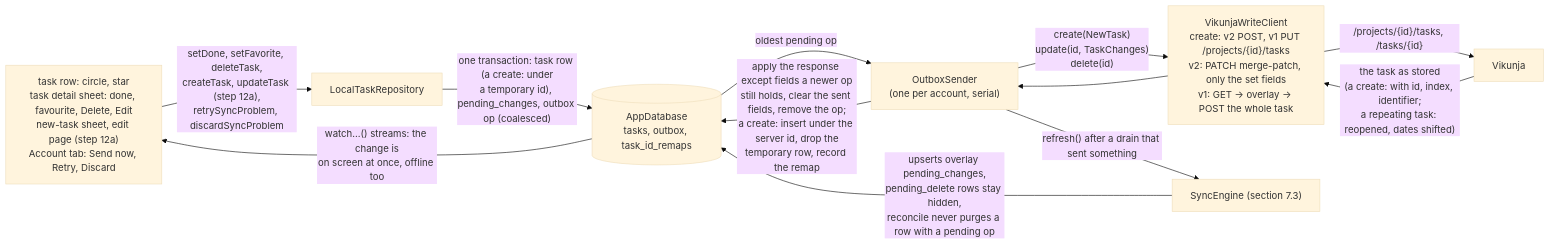
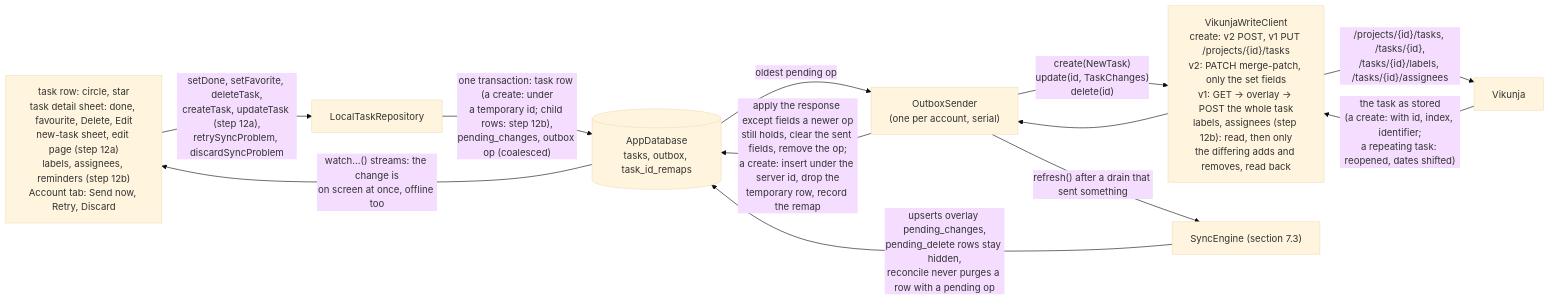
The eighth of 9 diagrams in docs/architecture.md (coderoftime/vikunja-app-ci-test), drawn with Mermaid (base theme) before and after one commit. The commit also changed other lines of this file and 91 other files, not shown here.

First line of the commit message:
feat: edit labels, assignees and reminders through the outbox

````diff
--- a/docs/architecture.md
+++ b/docs/architecture.md
@@ -569,14 +580,14 @@
 ```mermaid
 flowchart LR
-  UI["task row: circle, star<br/>task detail sheet: done, favourite, Delete, Edit<br/>new-task sheet, edit page (step 12a)<br/>Account tab: Send now, Retry, Discard"] -- "setDone, setFavorite, deleteTask,<br/>createTask, updateTask (step 12a),<br/>retrySyncProblem, discardSyncProblem" --> REPO["LocalTaskRepository"]
-  REPO -- "one transaction: task row (a create: under<br/>a temporary id), pending_changes, outbox op (coalesced)" --> DB[("AppDatabase<br/>tasks, outbox, task_id_remaps")]
+  UI["task row: circle, star<br/>task detail sheet: done, favourite, Delete, Edit<br/>new-task sheet, edit page (step 12a)<br/>labels, assignees, reminders (step 12b)<br/>Account tab: Send now, Retry, Discard"] -- "setDone, setFavorite, deleteTask,<br/>createTask, updateTask (step 12a),<br/>retrySyncProblem, discardSyncProblem" --> REPO["LocalTaskRepository"]
+  REPO -- "one transaction: task row (a create: under<br/>a temporary id; child rows: step 12b),<br/>pending_changes, outbox op (coalesced)" --> DB[("AppDatabase<br/>tasks, outbox, task_id_remaps")]
   DB -- "watch…() streams: the change is<br/>on screen at once, offline too" --> UI
   DB -- "oldest pending op" --> SENDER["OutboxSender<br/>(one per account, serial)"]
-  SENDER -- "create(NewTask)<br/>update(id, TaskChanges)<br/>delete(id)" --> WC["VikunjaWriteClient<br/>create: v2 POST, v1 PUT /projects/{id}/tasks<br/>v2: PATCH merge-patch, only the set fields<br/>v1: GET → overlay → POST the whole task"]
-  WC -- "/projects/{id}/tasks, /tasks/{id}" --> SRV["Vikunja"]
+  SENDER -- "create(NewTask)<br/>update(id, TaskChanges)<br/>delete(id)" --> WC["VikunjaWriteClient<br/>create: v2 POST, v1 PUT /projects/{id}/tasks<br/>v2: PATCH merge-patch, only the set fields<br/>v1: GET → overlay → POST the whole task<br/>labels, assignees (step 12b): read, then only<br/>the differing adds and removes, read back"]
+  WC -- "/projects/{id}/tasks, /tasks/{id},<br/>/tasks/{id}/labels, /tasks/{id}/assignees" --> SRV["Vikunja"]
   SRV -- "the task as stored<br/>(a create: with id, index, identifier;<br/>a repeating task: reopened, dates shifted)" --> WC
   WC --> SENDER
   SENDER -- "apply the response except fields a newer op<br/>still holds, clear the sent fields, remove the op;<br/>a create: insert under the server id, drop the<br/>temporary row, record the remap" --> DB
   SENDER -- "refresh() after a drain that sent something" --> ENGINE["SyncEngine (section 7.3)"]
   ENGINE -- "upserts overlay pending_changes,<br/>pending_delete rows stay hidden,<br/>reconcile never purges a row with a pending op" --> DB
 ```
````
